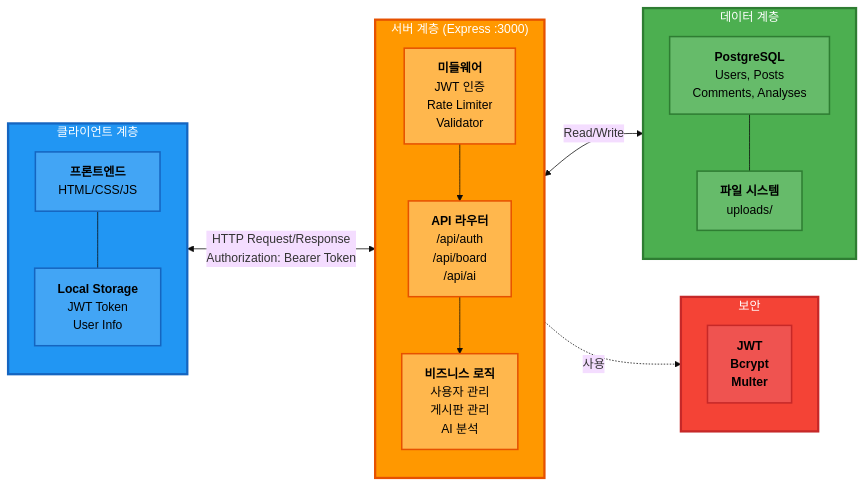
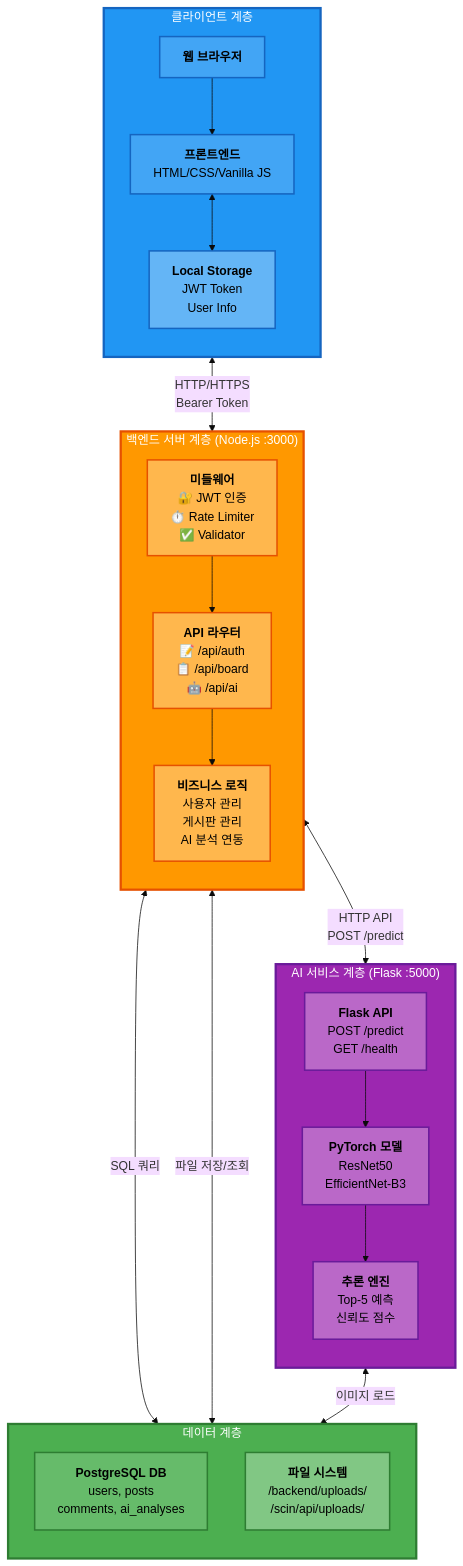
The first of 12 diagrams in Architecture.md (kyoe-23/DeepLearning_project), drawn with Mermaid (base theme) before and after one commit. The commit also changed other lines of this file, not shown here.

````diff
--- a/Architecture.md
+++ b/Architecture.md
@@ -9,47 +36,56 @@
 ```mermaid
-graph LR
+graph TB
     subgraph CLIENT["클라이언트 계층"]
         direction TB
-        FE["<b>프론트엔드</b><br/>HTML/CSS/JS"]
+        BROWSER["<b>웹 브라우저</b>"]
+        FE["<b>프론트엔드</b><br/>HTML/CSS/Vanilla JS"]
         STORAGE["<b>Local Storage</b><br/>JWT Token<br/>User Info"]
-        FE --- STORAGE
+        BROWSER --> FE
+        FE <--> STORAGE
     end
 
-    subgraph SERVER["서버 계층 (Express :3000)"]
+    subgraph BACKEND["백엔드 서버 계층 (Node.js :3000)"]
         direction TB
-        MW["<b>미들웨어</b><br/>JWT 인증<br/>Rate Limiter<br/>Validator"]
-        API["<b>API 라우터</b><br/>/api/auth<br/>/api/board<br/>/api/ai"]
-        LOGIC["<b>비즈니스 로직</b><br/>사용자 관리<br/>게시판 관리<br/>AI 분석"]
-        MW --> API --> LOGIC
+        MW["<b>미들웨어</b><br/>🔐 JWT 인증<br/>⏱️ Rate Limiter<br/>✅ Validator"]
+        ROUTES["<b>API 라우터</b><br/>📝 /api/auth<br/>📋 /api/board<br/>🤖 /api/ai"]
+        SERVICES["<b>비즈니스 로직</b><br/>사용자 관리<br/>게시판 관리<br/>AI 분석 연동"]
+        MW --> ROUTES --> SERVICES
+    end
+
+    subgraph AI_SERVICE["AI 서비스 계층 (Flask :5000)"]
+        direction TB
+        FLASK["<b>Flask API</b><br/>POST /predict<br/>GET /health"]
+        MODEL["<b>PyTorch 모델</b><br/>ResNet50<br/>EfficientNet-B3"]
+        INFERENCE["<b>추론 엔진</b><br/>Top-5 예측<br/>신뢰도 점수"]
+        FLASK --> MODEL --> INFERENCE
     end
 
     subgraph DATA["데이터 계층"]
         direction TB
-        POSTGRES["<b>PostgreSQL</b><br/>Users, Posts<br/>Comments, Analyses"]
-        FILES["<b>파일 시스템</b><br/>uploads/"]
-        POSTGRES --- FILES
+        POSTGRES["<b>PostgreSQL DB</b><br/>users, posts<br/>comments, ai_analyses"]
+        FILES["<b>파일 시스템</b><br/>/backend/uploads/<br/>/scin/api/uploads/"]
     end
 
-    subgraph SECURITY["보안"]
-        direction TB
-        SEC["<b>JWT</b><br/><b>Bcrypt</b><br/><b>Multer</b>"]
-    end
-
-    CLIENT <-->|"HTTP Request/Response<br/>Authorization: Bearer Token"| SERVER
-    SERVER <-->|"Read/Write"| DATA
-    SERVER -.->|"사용"| SECURITY
+    CLIENT <-->|"HTTP/HTTPS<br/>Bearer Token"| BACKEND
+    BACKEND <-->|"SQL 쿼리"| POSTGRES
+    BACKEND <-->|"파일 저장/조회"| FILES
+    BACKEND <-->|"HTTP API<br/>POST /predict"| AI_SERVICE
+    AI_SERVICE <-->|"이미지 로드"| FILES
 
     style CLIENT fill:#2196F3,stroke:#1565C0,stroke-width:3px,color:#fff
-    style SERVER fill:#FF9800,stroke:#E65100,stroke-width:3px,color:#fff
+    style BACKEND fill:#FF9800,stroke:#E65100,stroke-width:3px,color:#fff
+    style AI_SERVICE fill:#9C27B0,stroke:#6A1B9A,stroke-width:3px,color:#fff
     style DATA fill:#4CAF50,stroke:#2E7D32,stroke-width:3px,color:#fff
-    style SECURITY fill:#F44336,stroke:#C62828,stroke-width:3px,color:#fff
-    
+
+    style BROWSER fill:#42A5F5,stroke:#1565C0,stroke-width:2px,color:#000
     style FE fill:#42A5F5,stroke:#1565C0,stroke-width:2px,color:#000
-    style STORAGE fill:#42A5F5,stroke:#1565C0,stroke-width:2px,color:#000
+    style STORAGE fill:#64B5F6,stroke:#1565C0,stroke-width:2px,color:#000
     style MW fill:#FFB74D,stroke:#E65100,stroke-width:2px,color:#000
-    style API fill:#FFB74D,stroke:#E65100,stroke-width:2px,color:#000
-    style LOGIC fill:#FFB74D,stroke:#E65100,stroke-width:2px,color:#000
+    style ROUTES fill:#FFB74D,stroke:#E65100,stroke-width:2px,color:#000
+    style SERVICES fill:#FFB74D,stroke:#E65100,stroke-width:2px,color:#000
+    style FLASK fill:#BA68C8,stroke:#6A1B9A,stroke-width:2px,color:#000
+    style MODEL fill:#BA68C8,stroke:#6A1B9A,stroke-width:2px,color:#000
+    style INFERENCE fill:#BA68C8,stroke:#6A1B9A,stroke-width:2px,color:#000
     style POSTGRES fill:#66BB6A,stroke:#2E7D32,stroke-width:2px,color:#000
-    style FILES fill:#66BB6A,stroke:#2E7D32,stroke-width:2px,color:#000
-    style SEC fill:#EF5350,stroke:#C62828,stroke-width:2px,color:#000
+    style FILES fill:#81C784,stroke:#2E7D32,stroke-width:2px,color:#000
 ```
````
